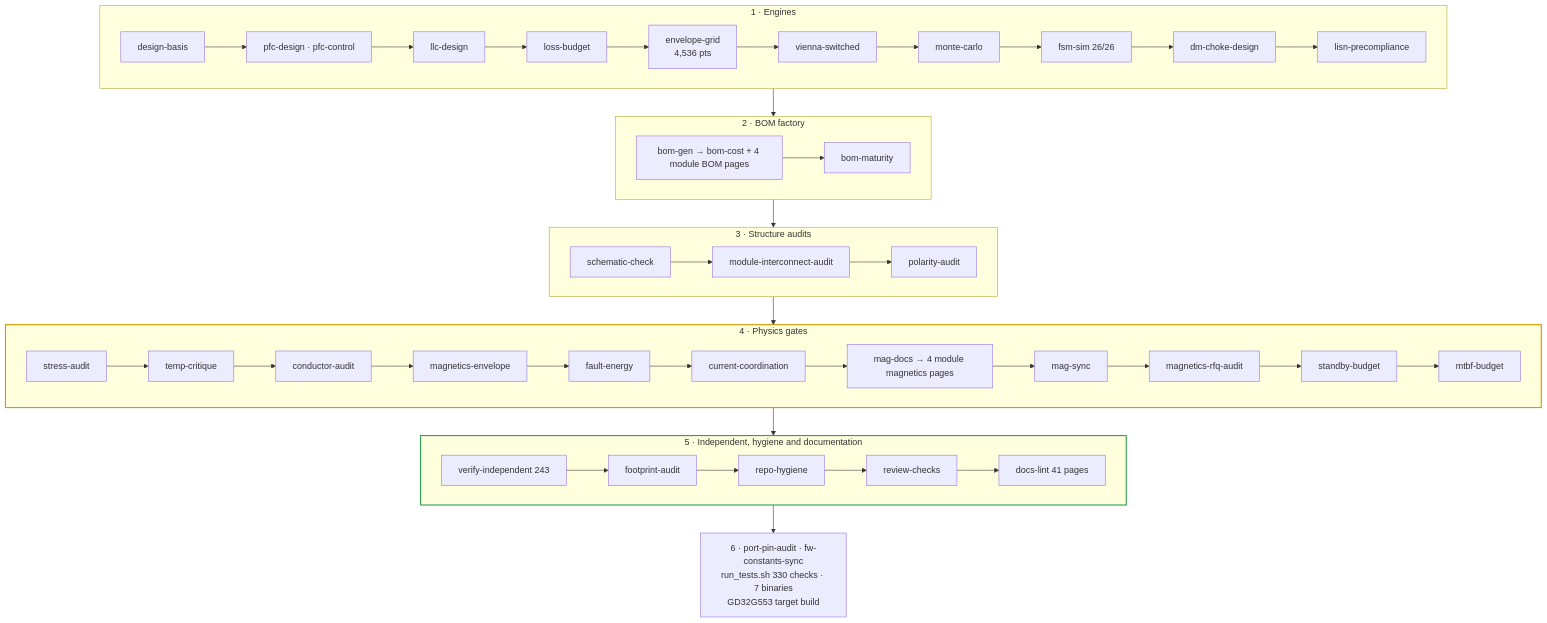
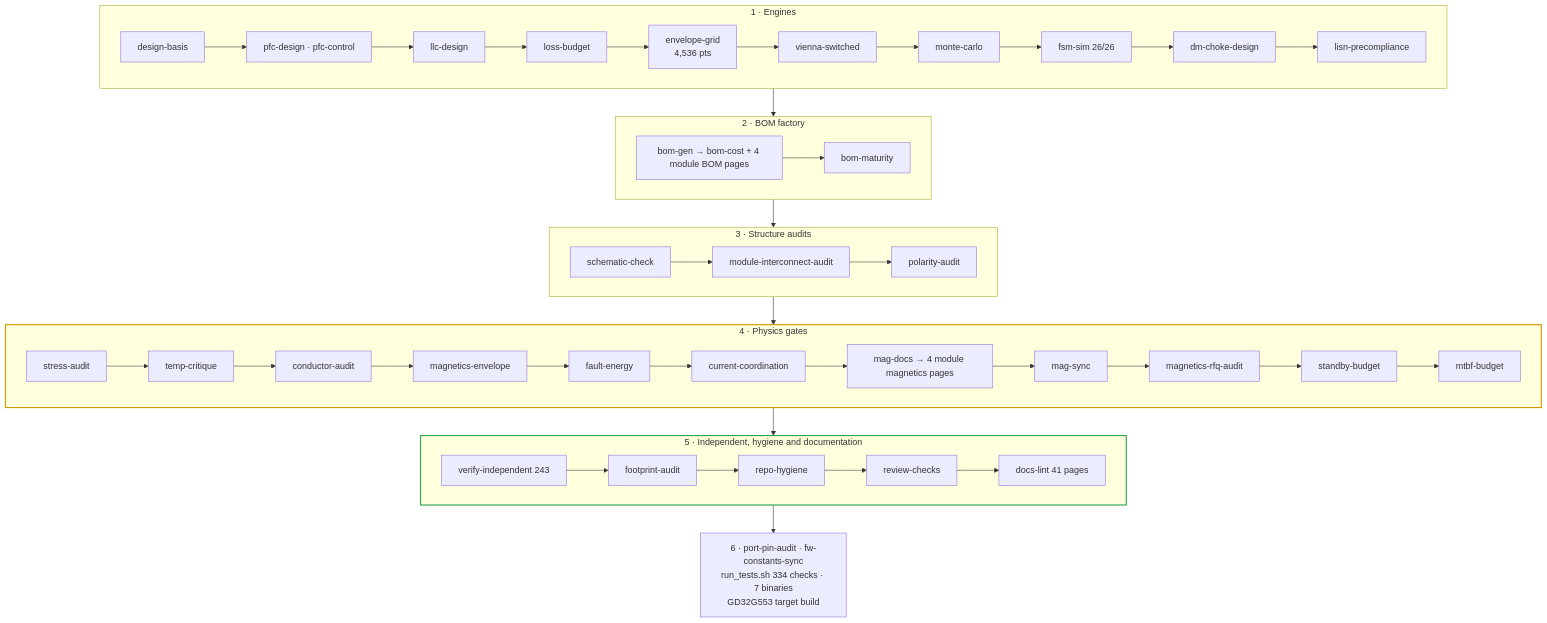
One commit to vectivolt/DC-Modules changed the first of 2 diagrams in calculations/README.md. Above: the diagram before and after it, drawn with Mermaid. The commit also changed other lines of this file and 67 other files, not shown here.

````diff
--- a/calculations/README.md
+++ b/calculations/README.md
@@ -37,29 +37,29 @@
 ```mermaid
 flowchart TB
   subgraph ENG["1 · Engines"]
     direction LR
     DB["design-basis"] --> PFC["pfc-design · pfc-control"] --> LLC["llc-design"] --> LOSS["loss-budget"]
     LOSS --> GRID["envelope-grid<br/>4,536 pts"] --> VS["vienna-switched"] --> MC["monte-carlo"] --> FSM["fsm-sim 26/26"]
     FSM --> DM["dm-choke-design"] --> LISN["lisn-precompliance"]
   end
   subgraph BOM["2 · BOM factory"]
     direction LR
     BG["bom-gen → bom-cost + 4 module BOM pages"] --> BM["bom-maturity"]
   end
   subgraph STR["3 · Structure audits"]
     direction LR
     SC["schematic-check"] --> MIA["module-interconnect-audit"] --> PA["polarity-audit"]
   end
   subgraph PHY["4 · Physics gates"]
     direction LR
     SA["stress-audit"] --> TC["temp-critique"] --> CA["conductor-audit"] --> ME["magnetics-envelope"] --> FE["fault-energy"] --> CC["current-coordination"] --> MD["mag-docs → 4 module magnetics pages"] --> MS["mag-sync"] --> RFQ["magnetics-rfq-audit"] --> SBY["standby-budget"] --> MTB["mtbf-budget"]
   end
   subgraph IND["5 · Independent, hygiene and documentation"]
     direction LR
     VI["verify-independent 243"] --> FP["footprint-audit"] --> RH["repo-hygiene"] --> RC["review-checks"] --> DL["docs-lint 41 pages"]
   end
-  FW["6 · port-pin-audit · fw-constants-sync<br/>run_tests.sh 330 checks · 7 binaries<br/>GD32G553 target build"]
+  FW["6 · port-pin-audit · fw-constants-sync<br/>run_tests.sh 334 checks · 7 binaries<br/>GD32G553 target build"]
   ENG --> BOM --> STR --> PHY --> IND --> FW
   style PHY stroke:#d19a00,stroke-width:2px
   style IND stroke:#2ea44f,stroke-width:2px
 ```
````
